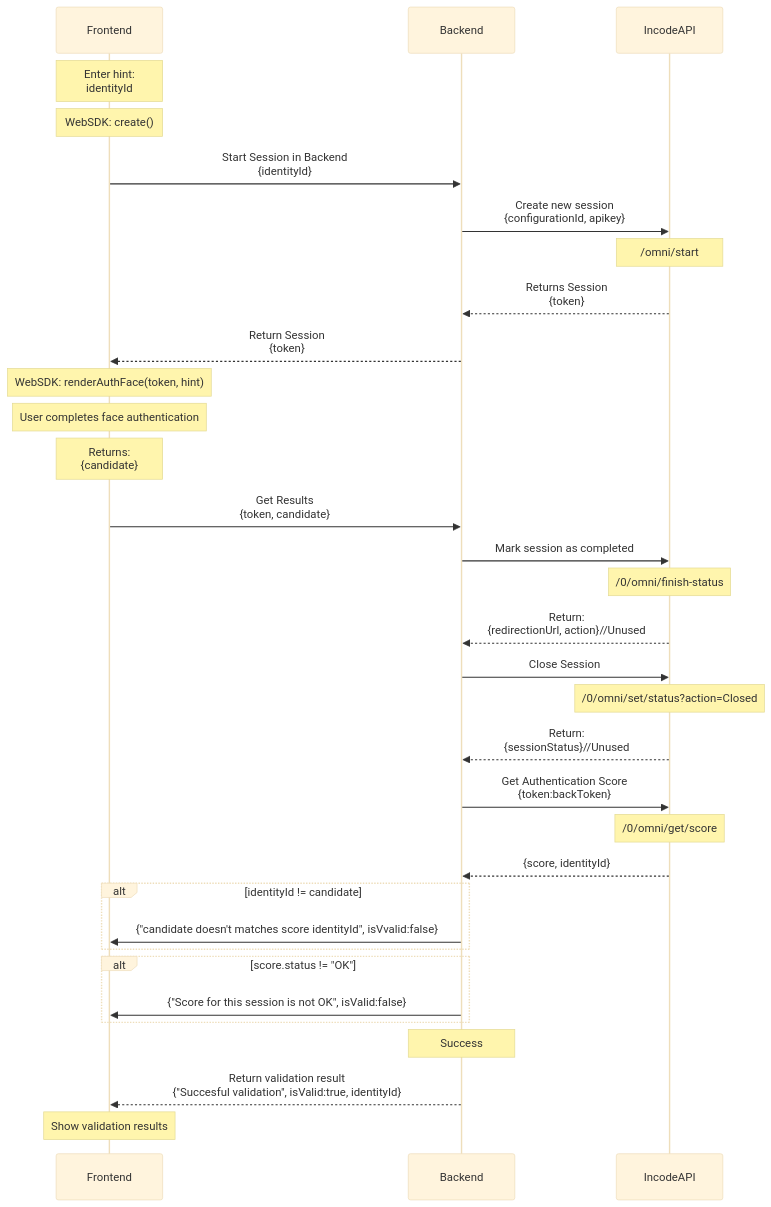
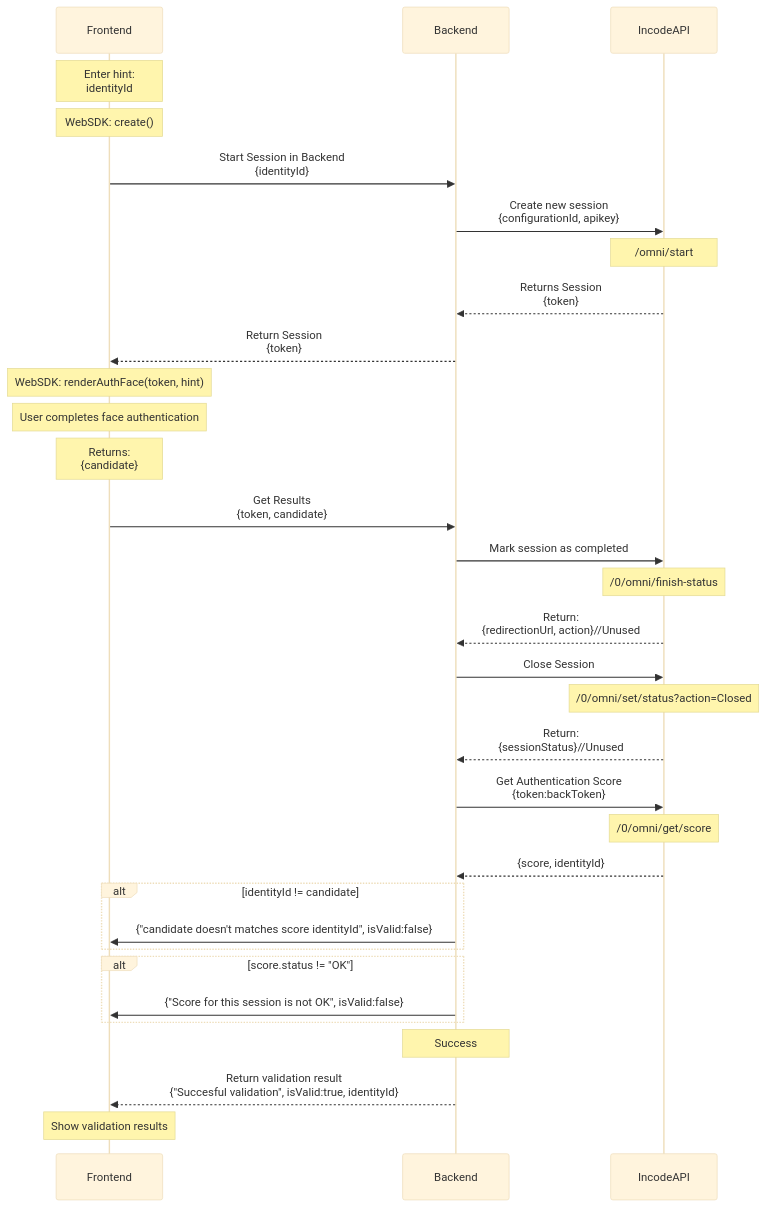
One commit to Incode-Technologies-Example-Repos/authentication-core-javascript changed the diagram in README.md. Above: the diagram before and after it, drawn with Mermaid (base theme).

````diff
--- a/README.md
+++ b/README.md
@@ -18,43 +18,43 @@
 ```mermaid
 sequenceDiagram
     participant Frontend
     participant Backend
     participant IncodeAPI
 
     Note over Frontend: Enter hint:<br>identityId
     Note over Frontend: WebSDK: create()
     Frontend->>Backend: Start Session in Backend<br>{identityId}
     Backend->>IncodeAPI: Create new session<br>{configurationId, apikey}
     Note over IncodeAPI: /omni/start
     IncodeAPI-->>Backend: Returns Session<br>{token}
     Backend-->>Frontend: Return Session<br>{token}
 
     Note over Frontend: WebSDK: renderAuthFace(token, hint)
     Note over Frontend: User completes face authentication
     Note over Frontend:Returns:<br>{candidate}
 
     Frontend->>Backend: Get Results<br>{token, candidate}
   
     Backend->>IncodeAPI: Mark session as completed
     Note over IncodeAPI: /0/omni/finish-status
     IncodeAPI-->>Backend: Return:<br>{redirectionUrl, action}//Unused
 
     Backend->>IncodeAPI: Close Session
     Note over IncodeAPI: /0/omni/set/status?action=Closed
     IncodeAPI-->>Backend: Return:<br>{sessionStatus}//Unused
 
     Backend->>IncodeAPI: Get Authentication Score<br>{token:backToken}
     Note over IncodeAPI: /0/omni/get/score
     IncodeAPI-->>Backend: {score, identityId}
     alt identityId != candidate
-      Backend->>Frontend: {"candidate doesn't matches score identityId", isVvalid:false}
+      Backend->>Frontend: {"candidate doesn't matches score identityId", isValid:false}
     end
     
     alt score.status != "OK"
       Backend->>Frontend: {"Score for this session is not OK", isValid:false}
     end
 
     Note over Backend: Success
     Backend-->>Frontend: Return validation result<br>{"Succesful validation", isValid:true, identityId}
     Note over Frontend: Show validation results
 ```
````
